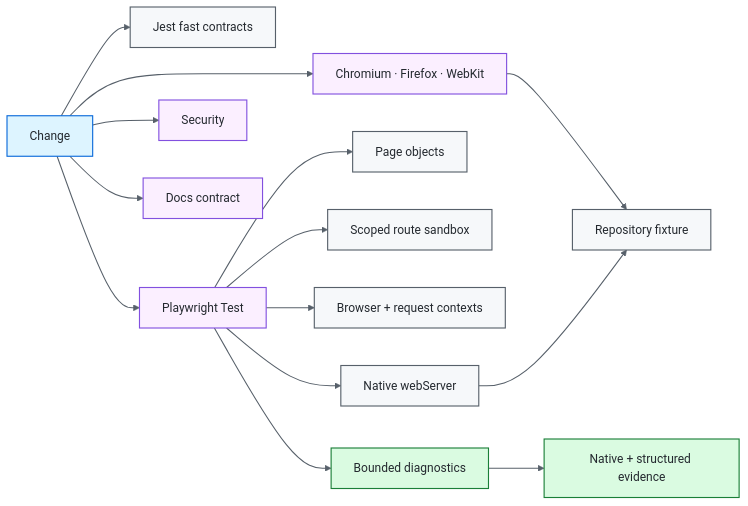
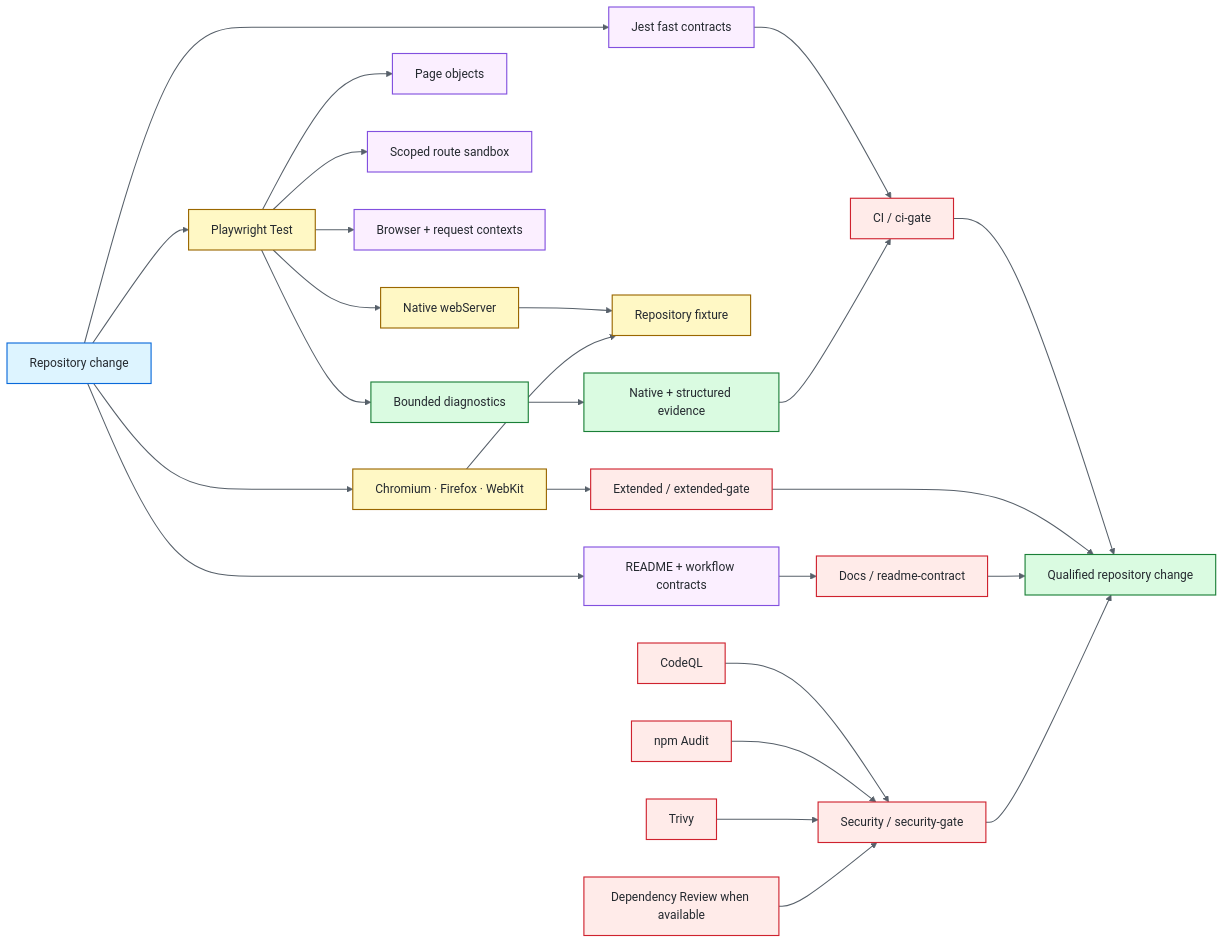
Before and after one commit to portyu9/qa-automation-node-playwright: the diagram in README.md, drawn with Mermaid (neutral theme).

Commit message:
docs: elevate README architecture diagram
Bring the root Mermaid architecture diagram to the reference-quality semantic hierarchy without changing framework behavior or documentation claims.

````diff
--- a/README.md
+++ b/README.md
@@ -42,26 +42,43 @@
 ```mermaid
 flowchart LR
-    CHANGE[Change] --> JEST[Jest fast contracts]
+    CHANGE[Repository change] --> JEST[Jest fast contracts]
     CHANGE --> PW[Playwright Test]
     PW --> WEB[Native webServer]
     WEB --> FIX[Repository fixture]
     PW --> PAGE[Page objects]
     PW --> ROUTE[Scoped route sandbox]
     PW --> CTX[Browser + request contexts]
     PW --> DIAG[Bounded diagnostics]
+    DIAG --> EV[Native + structured evidence]
+    JEST --> CIG[CI / ci-gate]
+    EV --> CIG
+
     CHANGE --> EXT[Chromium · Firefox · WebKit]
     EXT --> FIX
-    CHANGE --> SEC[Security]
-    CHANGE --> DOCS[Docs contract]
-    DIAG --> EV[Native + structured evidence]
+    EXT --> EG[Extended / extended-gate]
+
+    CHANGE --> DOCS[README + workflow contracts]
+    DOCS --> DG[Docs / readme-contract]
+
+    SAST[CodeQL] --> SG[Security / security-gate]
+    AUDIT[npm Audit] --> SG
+    TRIVY[Trivy] --> SG
+    REVIEW[Dependency Review when available] --> SG
+
+    CIG --> RESULT[Qualified repository change]
+    EG --> RESULT
+    DG --> RESULT
+    SG --> RESULT
 
     classDef entry fill:#ddf4ff,stroke:#0969da,color:#24292f,stroke-width:1.5px;
-    classDef core fill:#f6f8fa,stroke:#57606a,color:#24292f,stroke-width:1.5px;
-    classDef gate fill:#fbefff,stroke:#8250df,color:#24292f,stroke-width:1.5px;
+    classDef policy fill:#fbefff,stroke:#8250df,color:#24292f,stroke-width:1.5px;
+    classDef runtime fill:#fff8c5,stroke:#9a6700,color:#24292f,stroke-width:1.5px;
     classDef evidence fill:#dafbe1,stroke:#1a7f37,color:#24292f,stroke-width:1.5px;
+    classDef gate fill:#ffebe9,stroke:#cf222e,color:#24292f,stroke-width:1.5px;
     class CHANGE entry;
-    class JEST,WEB,FIX,PAGE,ROUTE,CTX core;
-    class PW,EXT,SEC,DOCS gate;
-    class DIAG,EV evidence;
+    class JEST,PAGE,ROUTE,CTX,DOCS policy;
+    class PW,WEB,FIX,EXT runtime;
+    class DIAG,EV,RESULT evidence;
+    class CIG,EG,DG,SAST,AUDIT,TRIVY,REVIEW,SG gate;
     linkStyle default stroke:#57606a,stroke-width:1.4px;
 ```
````
